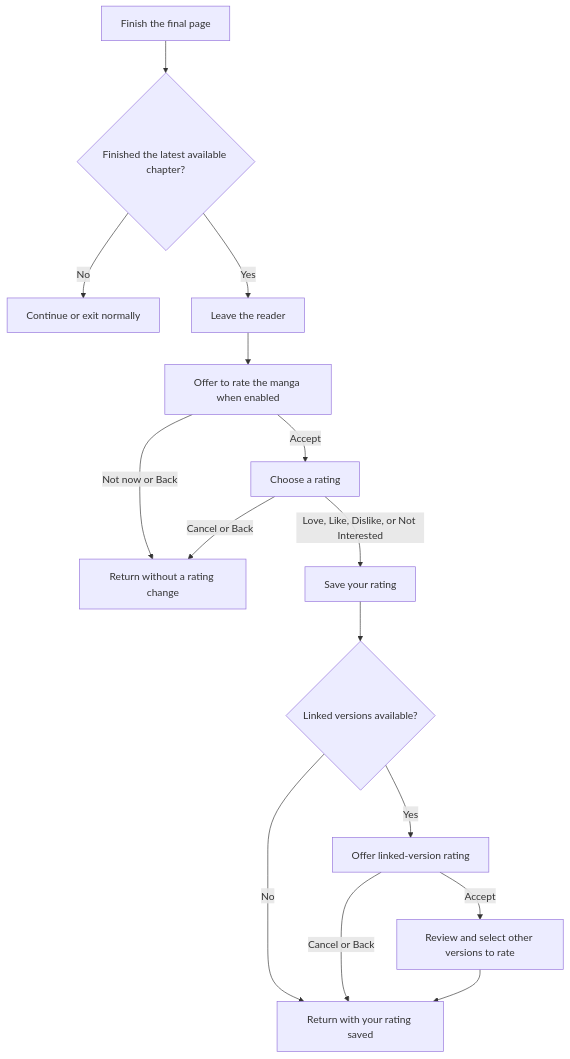
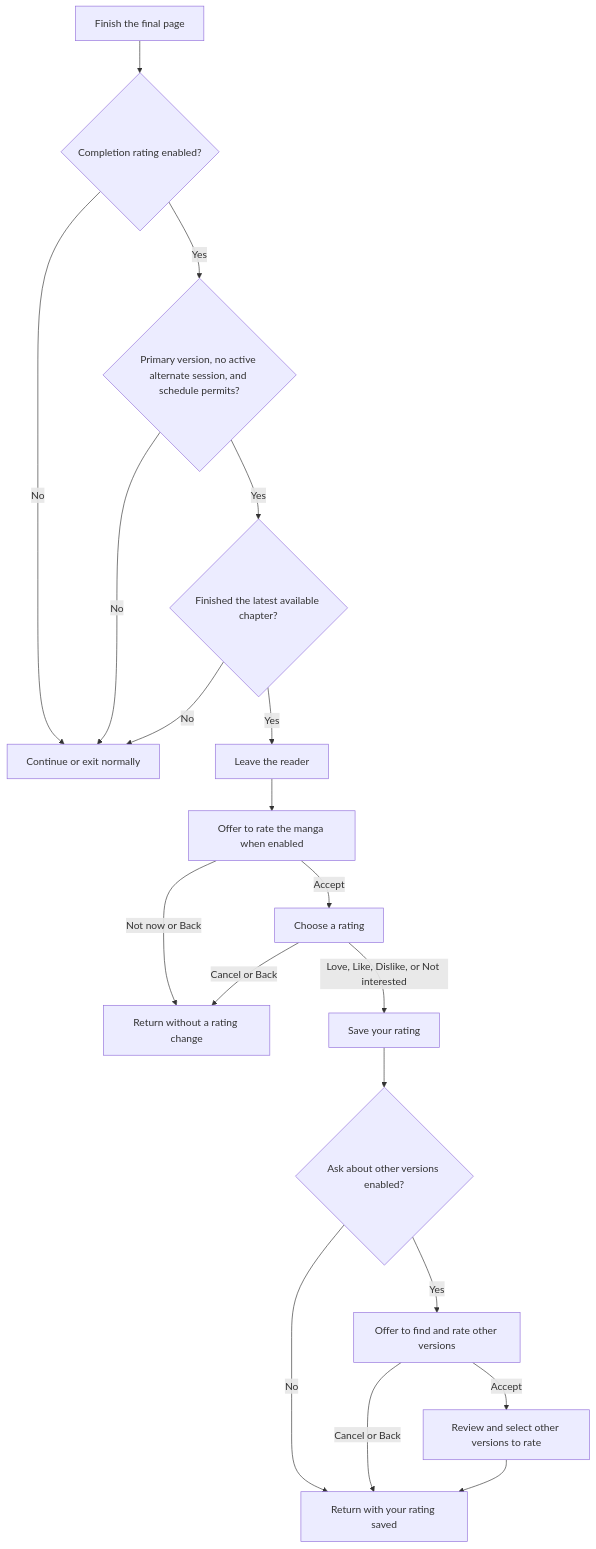
One commit to FancyCorey/komikku-fc changed the second of 6 diagrams in docs/kmk/feature-guides/reading.md. Above: the diagram before and after it, drawn with Mermaid. The commit also changed other lines of this file and 285 other files, not shown here.

````diff
--- a/docs/kmk/feature-guides/reading.md
+++ b/docs/kmk/feature-guides/reading.md
@@ -210,17 +210,21 @@
 ```mermaid
 flowchart TD
-    Progress["Finish the final page"] --> Genuine{"Finished the latest available chapter?"}
-    Genuine -->|No| Normal["Continue or exit normally"]
+    Progress["Finish the final page"] --> Enabled{"Completion rating enabled?"}
+    Enabled -->|No| Normal["Continue or exit normally"]
+    Enabled -->|Yes| Eligible{"Primary version, no active alternate session, and schedule permits?"}
+    Eligible -->|No| Normal
+    Eligible -->|Yes| Genuine{"Finished the latest available chapter?"}
+    Genuine -->|No| Normal
     Genuine -->|Yes| Exit["Leave the reader"]
     Exit --> Prompt["Offer to rate the manga when enabled"]
     Prompt -->|Not now or Back| Return["Return without a rating change"]
     Prompt -->|Accept| Choices["Choose a rating"]
-    Choices -->|Love, Like, Dislike, or Not Interested| Save["Save your rating"]
+    Choices -->|Love, Like, Dislike, or Not interested| Save["Save your rating"]
     Choices -->|Cancel or Back| Return
-    Save --> Linked{"Linked versions available?"}
-    Linked -->|Yes| Offer["Offer linked-version rating"]
-    Linked -->|No| Rated["Return with your rating saved"]
+    Save --> Ask{"Ask about other versions enabled?"}
+    Ask -->|Yes| Offer["Offer to find and rate other versions"]
+    Ask -->|No| Rated["Return with your rating saved"]
     Offer -->|Cancel or Back| Rated
     Offer -->|Accept| Other["Review and select other versions to rate"]
     Other --> Rated
 ```
````
